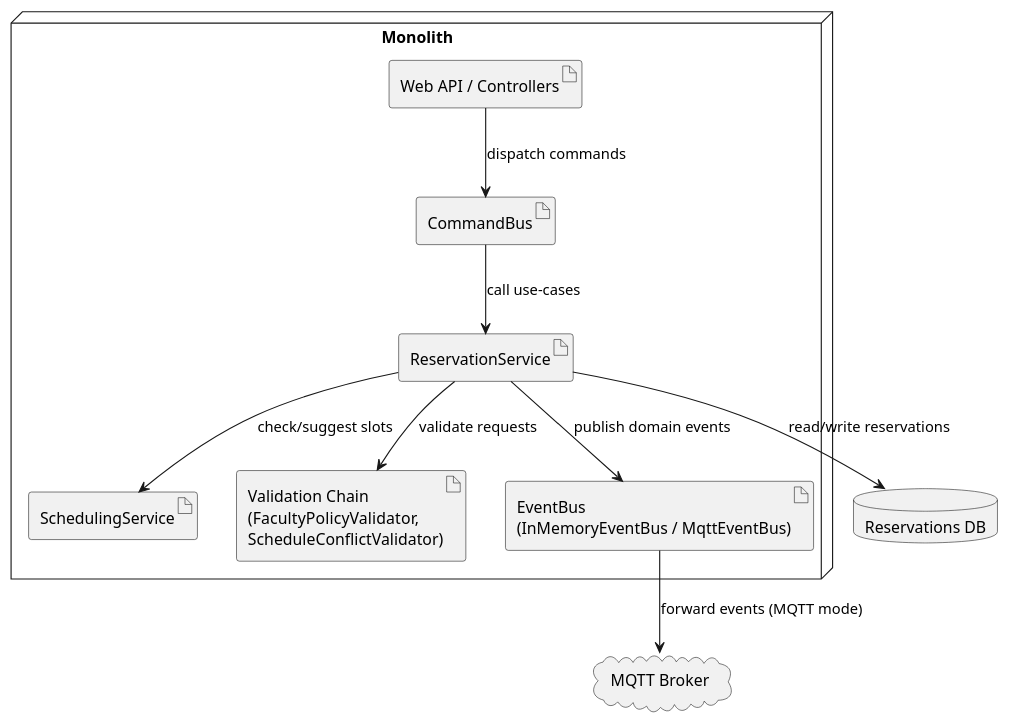
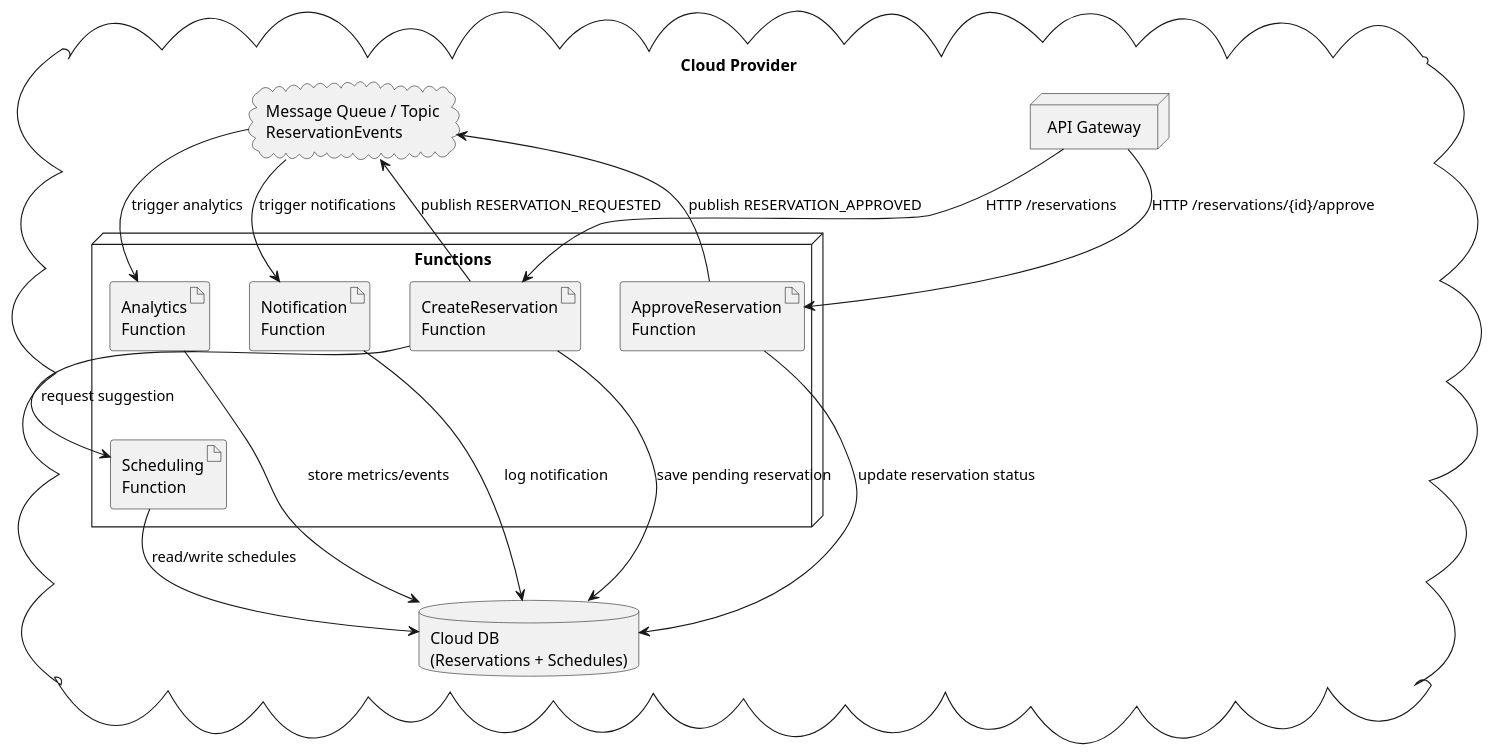
Before and after one commit to mmswflow-upb/sdt-proj: the diagram in diagrams/serverless/deployment.puml, drawn with PlantUML. The commit also changed 11 other files, not shown here.

Commit message:
readme finished and diagrams added

```diff
--- a/diagrams/serverless/deployment.puml
+++ b/diagrams/serverless/deployment.puml
@@ -1,27 +1,44 @@
-@startuml Monolith_Deployment
+@startuml Serverless_Deployment
 
 skinparam nodeStyle rectangle
 skinparam databaseStyle cylinder
 
-node "Monolith" as MonolithApp {
+cloud "Cloud Provider" as Cloud {
 
-  artifact "Web API / Controllers" as WebApi
-  artifact "CommandBus" as CommandBus
-  artifact "ReservationService" as ReservationService
-  artifact "SchedulingService" as SchedulingService
-  artifact "Validation Chain\n(FacultyPolicyValidator,\nScheduleConflictValidator)" as Validation
-  artifact "EventBus\n(InMemoryEventBus / MqttEventBus)" as EventBus
+  node "API Gateway" as ApiGateway
+
+  node "Functions" {
+    artifact "CreateReservation\nFunction" as F_Create
+    artifact "ApproveReservation\nFunction" as F_Approve
+    artifact "Scheduling\nFunction" as F_Scheduling
+    artifact "Notification\nFunction" as F_Notification
+    artifact "Analytics\nFunction" as F_Analytics
+  }
+
+  database "Cloud DB\n(Reservations + Schedules)" as CloudDB
+
+  cloud "Message Queue / Topic\nReservationEvents" as EventBus
 }
 
-database "Reservations DB" as ReservationsDB
-cloud "MQTT Broker" as MqttBroker
+' HTTP entry points
+ApiGateway --> F_Create   : HTTP /reservations
+ApiGateway --> F_Approve  : HTTP /reservations/{id}/approve
 
-WebApi          --> CommandBus       : dispatch commands
-CommandBus      --> ReservationService : call use-cases
-ReservationService --> Validation    : validate requests
-ReservationService --> SchedulingService : check/suggest slots
-ReservationService --> ReservationsDB : read/write reservations
-ReservationService --> EventBus      : publish domain events
-EventBus        --> MqttBroker       : forward events (MQTT mode)
+' Functions and DB
+F_Create    --> F_Scheduling : request suggestion
+F_Create    --> CloudDB      : save pending reservation
+F_Create    --> EventBus     : publish RESERVATION_REQUESTED
+
+F_Approve   --> CloudDB      : update reservation status
+F_Approve   --> EventBus     : publish RESERVATION_APPROVED
+
+F_Scheduling --> CloudDB     : read/write schedules
+
+' Event subscribers
+EventBus --> F_Notification  : trigger notifications
+EventBus --> F_Analytics     : trigger analytics
+
+F_Notification --> CloudDB   : log notification
+F_Analytics    --> CloudDB   : store metrics/events
 
 @enduml
```
